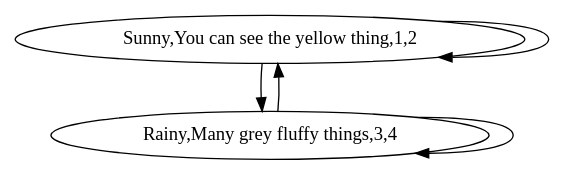
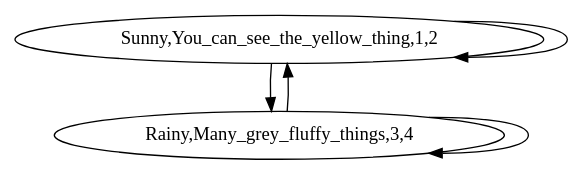
One commit to richelbilderbeek/boost_graph_cookbook_1 changed the diagram in create_custom_vertices_markov_chain.dot. Above: the diagram before and after it, drawn with Graphviz. The commit also changed 20 other files, not shown here.

```diff
--- a/create_custom_vertices_markov_chain.dot
+++ b/create_custom_vertices_markov_chain.dot
@@ -1,8 +1,8 @@
 digraph G {
-0[label="Sunny,You can see the yellow thing,1,2"];
-1[label="Rainy,Many grey fluffy things,3,4"];
+0[label="Sunny,You_can_see_the_yellow_thing,1,2"];
+1[label="Rainy,Many_grey_fluffy_things,3,4"];
 0->0 ;
 0->1 ;
 1->0 ;
 1->1 ;
 }
```
